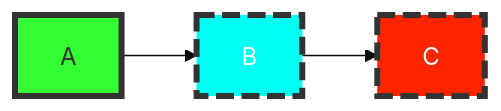
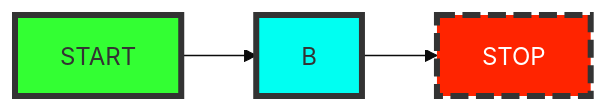
The diagram in README.md (SergeevSergeiS/Wildberries), drawn with Mermaid (base theme) before and after one commit.

Commit message:
README.md created

````diff
--- a/README.md
+++ b/README.md
@@ -1,8 +1,8 @@
 ```mermaid
   flowchart LR
     classDef class1 fill:#3f3,stroke:#333,stroke-width:4px
     classDef class2 fill:#ff2400,stroke:#333,stroke-width:4px,color:#fff,stroke-dasharray: 12 5
-    classDef class3 fill:#00fff2,stroke:#333,stroke-width:4px,color:#fff,stroke-dasharray: 12 5
+    classDef class3 fill:#00fff2,stroke:#333,stroke-width:4px
     
-    A:::class1 --> B:::class3 --> C:::class2
+    START:::class1 --> B:::class3 --> STOP:::class2
 ```
````
